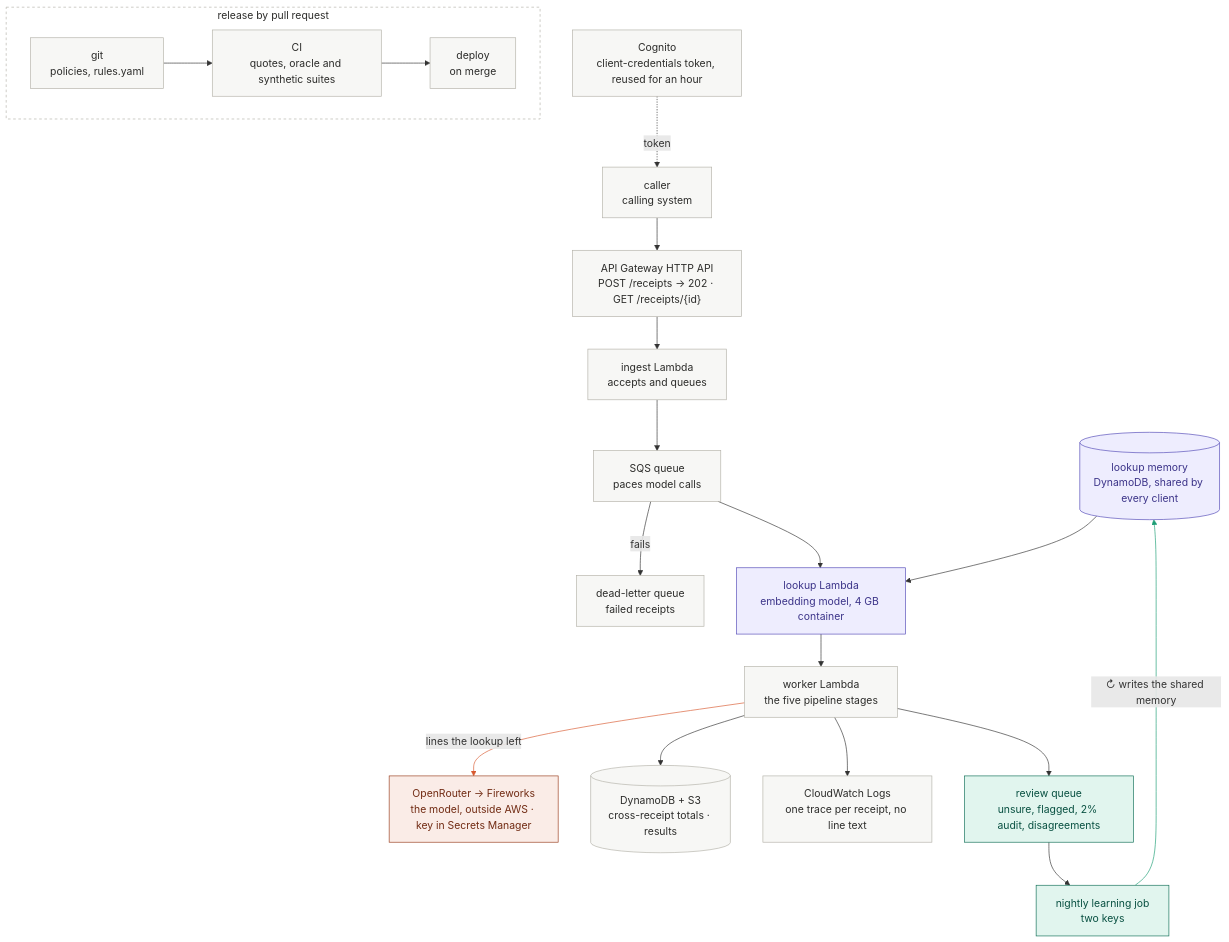
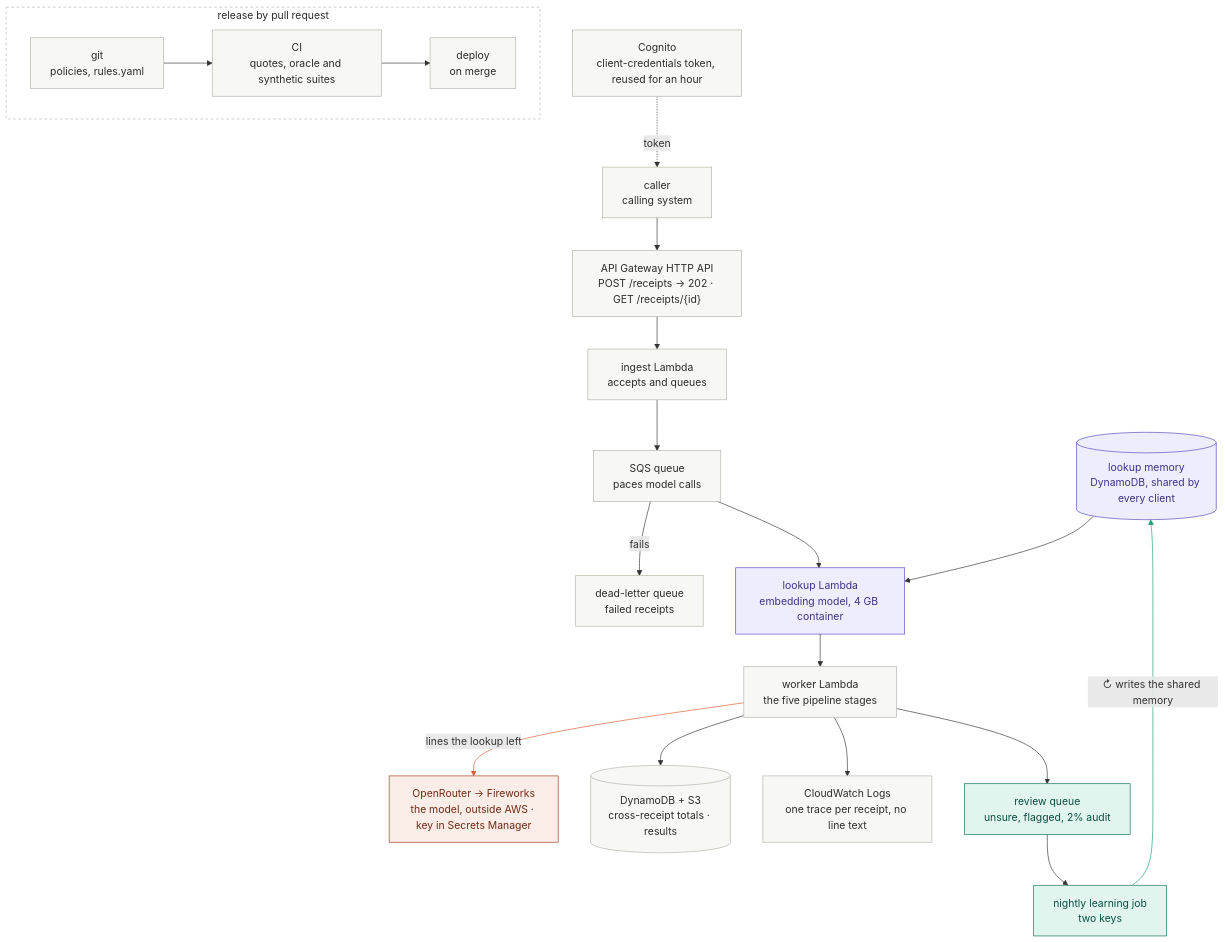
Before and after one commit to laasyaaprasad/expense-policy-validator: the diagram in docs/aws-design.md, drawn with Mermaid. The commit also changed 3 other files, not shown here.

Commit message:
Drop the lookup-and-AI-disagree label from the architecture diagrams

````diff
--- a/docs/aws-design.md
+++ b/docs/aws-design.md
@@ -3,32 +3,32 @@
 ```mermaid
 flowchart TB
     MEM[("lookup memory<br/>DynamoDB, shared by every client")]
     COG["Cognito<br/>client-credentials token, reused for an hour"] -. "token" .-> C["caller<br/>calling system"]
     C --> API["API Gateway HTTP API<br/>POST /receipts → 202 · GET /receipts/{id}"]
     API --> ING["ingest Lambda<br/>accepts and queues"]
     ING --> Q["SQS queue<br/>paces model calls"]
     Q -- "fails" --> DLQ["dead-letter queue<br/>failed receipts"]
     Q --> LK["lookup Lambda<br/>embedding model, 4 GB container"]
     MEM --> LK
     LK --> W["worker Lambda<br/>the five pipeline stages"]
     W -- "lines the lookup left" --> OR["OpenRouter → Fireworks<br/>the model, outside AWS · key in Secrets Manager"]
     W --> ST[("DynamoDB + S3<br/>cross-receipt totals · results")]
     W --> LOG["CloudWatch Logs<br/>one trace per receipt, no line text"]
-    W --> RQ["review queue<br/>unsure, flagged, 2% audit, disagreements"]
+    W --> RQ["review queue<br/>unsure, flagged, 2% audit"]
     RQ --> LJ["nightly learning job<br/>two keys"]
     LJ -- "↻ writes the shared memory" --> MEM
     subgraph release["release by pull request"]
         direction LR
         GIT["git<br/>policies, rules.yaml"] --> CI["CI<br/>quotes, oracle and synthetic suites"] --> DEP["deploy<br/>on merge"]
     end
     classDef default fill:#F7F7F5,stroke:#B4B2A9,color:#2C2C2A
     classDef ai fill:#FAECE7,stroke:#993C1D,color:#712B13
     classDef lookup fill:#EEEDFE,stroke:#534AB7,color:#3C3489
     classDef people fill:#E1F5EE,stroke:#0F6E56,color:#085041
     class OR ai
     class LK,MEM lookup
     class RQ,LJ people
     style release fill:#FFFFFF,stroke:#B4B2A9,stroke-dasharray:4 4,color:#2C2C2A
     linkStyle 8 stroke:#D85A30
     linkStyle 13 stroke:#1D9E75
 ```
````
